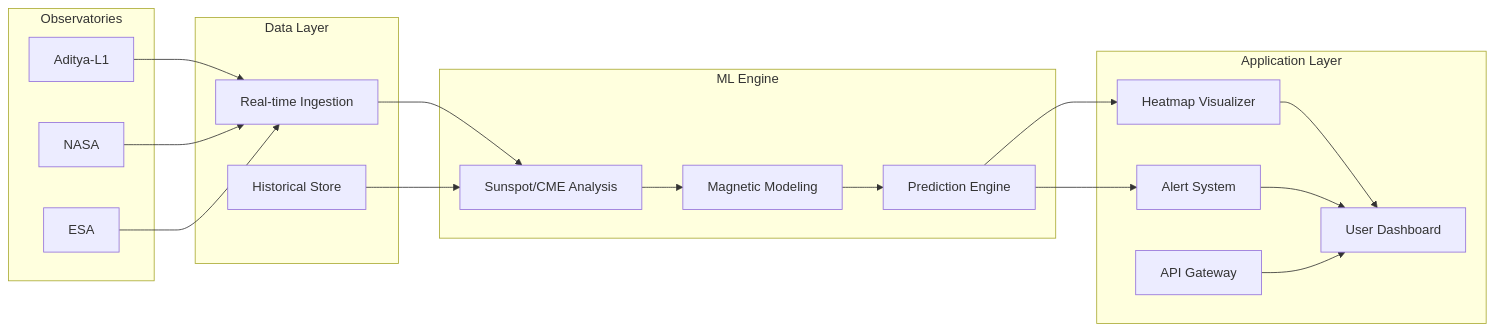
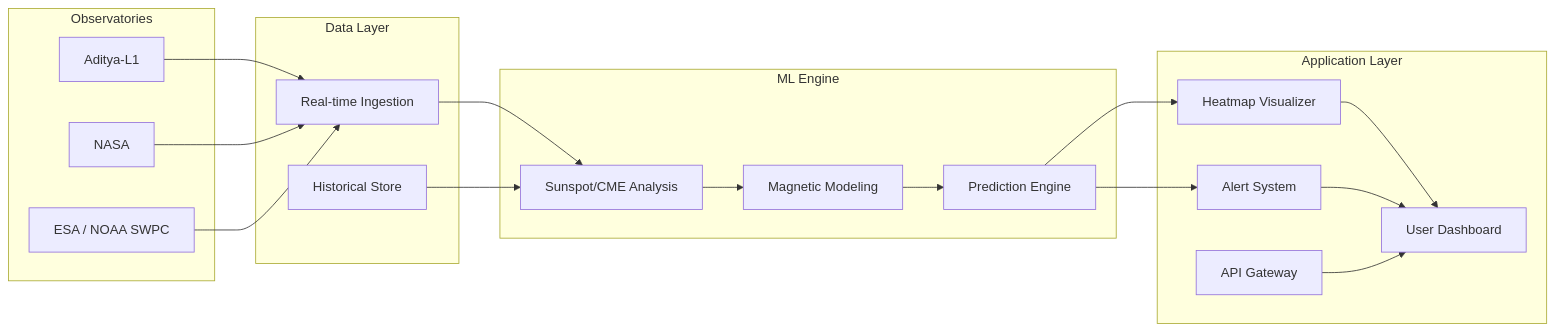
Before and after one commit to BeathovenGala/Auralis: the second of 3 diagrams in README.md, drawn with Mermaid. The commit also changed other lines of this file, not shown here.

````diff
--- a/README.md
+++ b/README.md
@@ -730,35 +586,35 @@
 ```mermaid
 flowchart LR
     subgraph Observatories
       O1[Aditya-L1]
       O2[NASA]
-      O3[ESA]
+      O3[ESA / NOAA SWPC]
     end
     subgraph Data Layer
       DL1[Real-time Ingestion]
       DL2[Historical Store]
     end
     subgraph ML Engine
       ML1[Sunspot/CME Analysis]
       ML2[Magnetic Modeling]
       ML3[Prediction Engine]
     end
     subgraph Application Layer
       AL1[Heatmap Visualizer]
       AL2[Alert System]
       AL3[API Gateway]
       AL4[User Dashboard]
     end
     O1 --> DL1
     O2 --> DL1
     O3 --> DL1
     DL1 --> ML1
     DL2 --> ML1
     ML1 --> ML2
     ML2 --> ML3
     ML3 --> AL1
     ML3 --> AL2
     AL1 --> AL4
     AL2 --> AL4
     AL3 --> AL4
 ```
````
